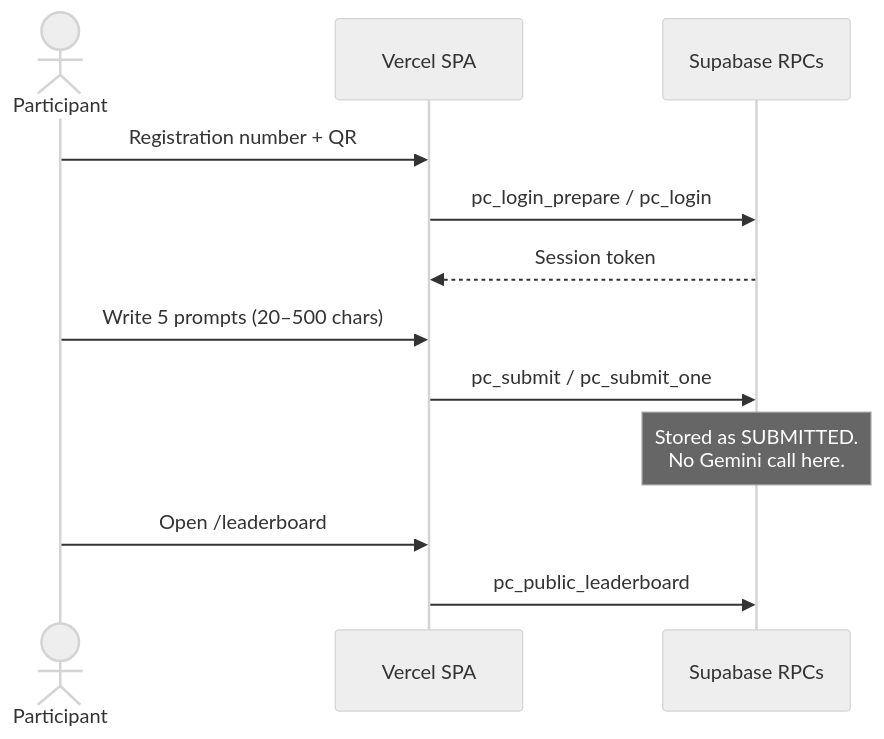
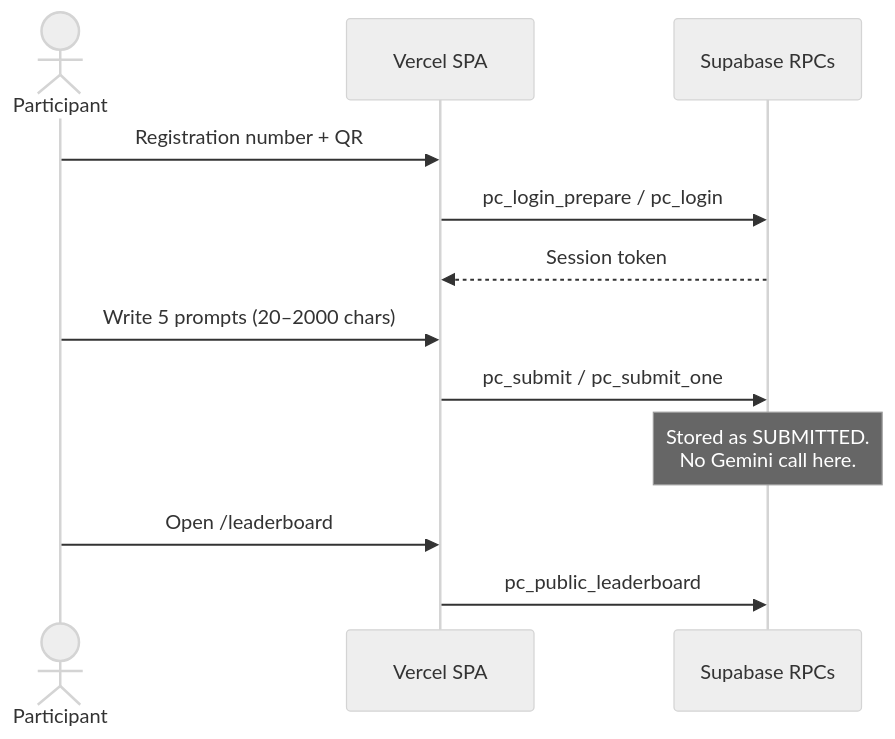
One commit to genaicommunityofficial/master-prompters changed the second of 4 diagrams in README.md. Above: the diagram before and after it, drawn with Mermaid (neutral theme). The commit also changed other lines of this file and 12 other files, not shown here.

````diff
--- a/README.md
+++ b/README.md
@@ -59,14 +59,14 @@
 ```mermaid
 sequenceDiagram
   actor P as Participant
   participant SPA as Vercel SPA
   participant SB as Supabase RPCs
   P->>SPA: Registration number + QR
   SPA->>SB: pc_login_prepare / pc_login
   SB-->>SPA: Session token
-  P->>SPA: Write 5 prompts (20–500 chars)
+  P->>SPA: Write 5 prompts (20–2000 chars)
   SPA->>SB: pc_submit / pc_submit_one
   Note over SB: Stored as SUBMITTED.<br/>No Gemini call here.
   P->>SPA: Open /leaderboard
   SPA->>SB: pc_public_leaderboard
 ```
````
